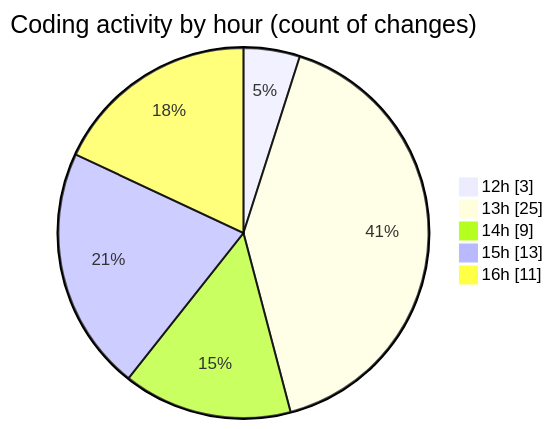
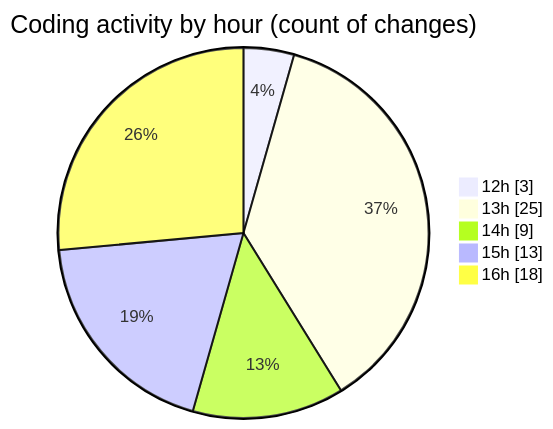
One commit to nxtqubesakshisongat/code-tracking changed the second of 2 diagrams in 2025-09-26/nxtqube_webapp/README.md. Above: the diagram before and after it, drawn with Mermaid. The commit also changed other lines of this file and 1 other file, not shown here.

````diff
--- a/2025-09-26/nxtqube_webapp/README.md
+++ b/2025-09-26/nxtqube_webapp/README.md
@@ -35,9 +36,9 @@
 ```mermaid
 pie showData
 title Coding activity by hour (count of changes)
 "12h" : 3
 "13h" : 25
 "14h" : 9
 "15h" : 13
-"16h" : 11
+"16h" : 18
 ```
````
